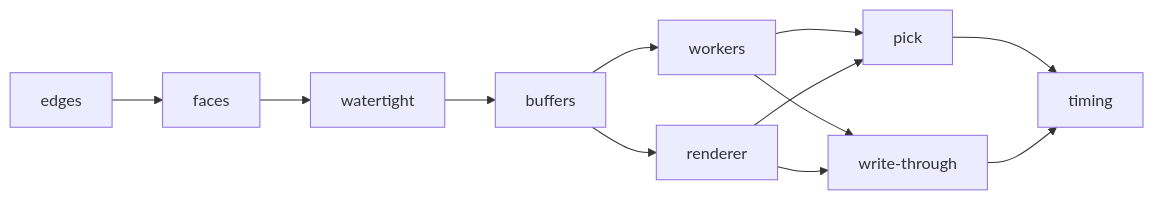
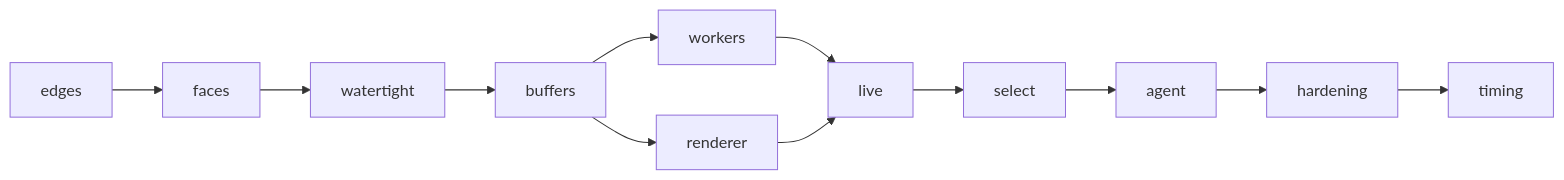
The diagram in docs/plan/view.md (Dzoay/occam), drawn with Mermaid before and after one commit. The commit also changed other lines of this file and 5 other files, not shown here.

````diff
--- a/docs/plan/view.md
+++ b/docs/plan/view.md
@@ -13,7 +14,7 @@
 ```mermaid
 flowchart LR
   edges --> faces --> watertight --> buffers
   buffers --> workers & renderer
-  workers & renderer --> pick & wt["write-through"]
-  pick & wt --> timing
+  workers & renderer --> live --> select --> agent
+  agent --> hardening --> timing
 ```
````
